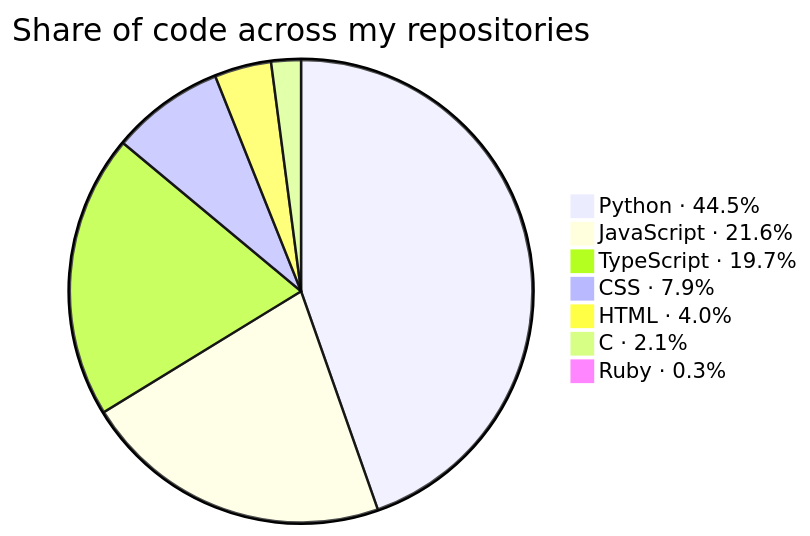
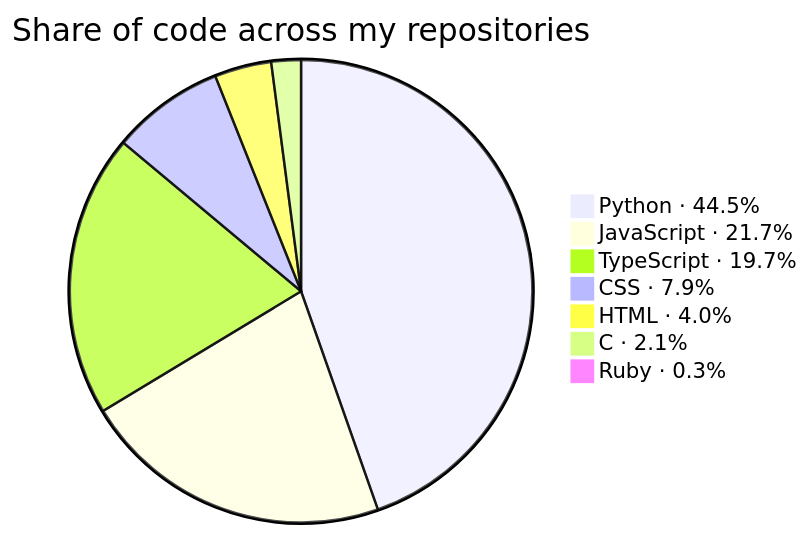
One commit to KathFK1234/KathFK1234 changed the second of 3 diagrams in README.md. Above: the diagram before and after it, drawn with Mermaid. The commit also changed other lines of this file and 5 other files, not shown here.

````diff
--- a/README.md
+++ b/README.md
@@ -109,11 +109,11 @@
 ```mermaid
 %%{init: {"themeVariables": {"pieSectionTextSize": "0px"}}}%%
 pie title Share of code across my repositories
-    "Python · 44.5%" : 1347.1
-    "JavaScript · 21.6%" : 652.9
+    "Python · 44.5%" : 1352.2
+    "JavaScript · 21.7%" : 658.5
     "TypeScript · 19.7%" : 598.1
-    "CSS · 7.9%" : 238.5
-    "HTML · 4.0%" : 119.8
+    "CSS · 7.9%" : 238.9
+    "HTML · 4.0%" : 120.3
     "C · 2.1%" : 62.7
     "Ruby · 0.3%" : 10.1
 ```
````
